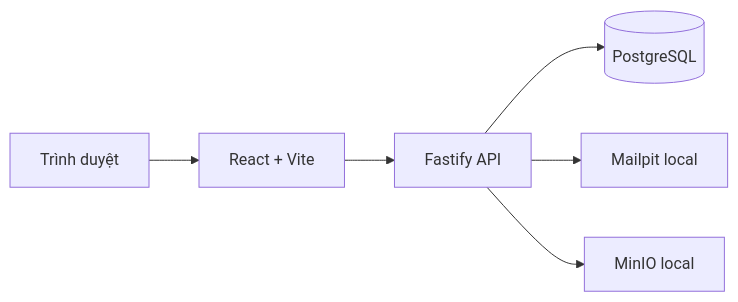
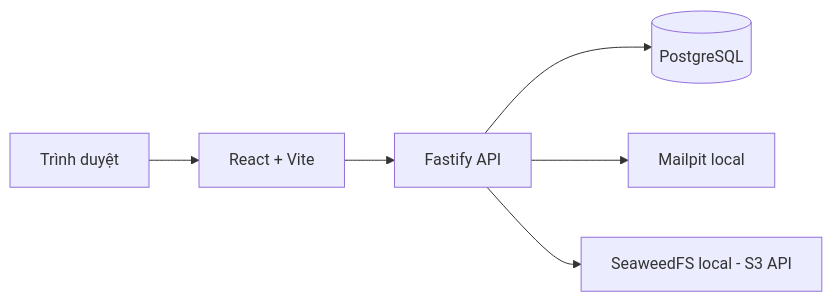
The diagram in docs/06-architecture.md (GrootTheDeveloper/apc-portal), drawn with Mermaid before and after one commit. The commit also changed other lines of this file and 30 other files, not shown here.

````diff
--- a/docs/06-architecture.md
+++ b/docs/06-architecture.md
@@ -19,8 +23,8 @@
 ```mermaid
 flowchart LR
     Browser[Trình duyệt] --> Web[React + Vite]
     Web --> API[Fastify API]
     API --> DB[(PostgreSQL)]
     API --> Mail[Mailpit local]
-    API --> Files[MinIO local]
+    API --> Files[SeaweedFS local - S3 API]
 ```
````
